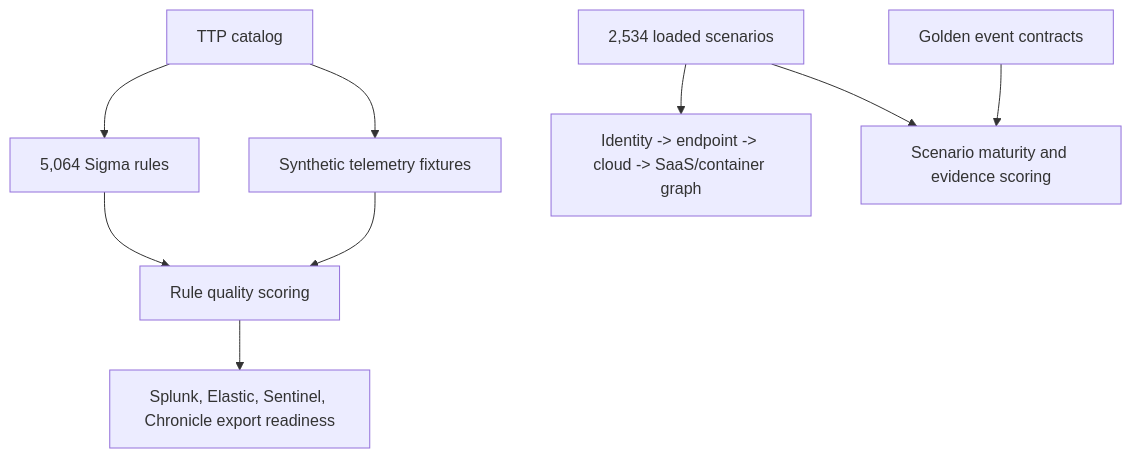
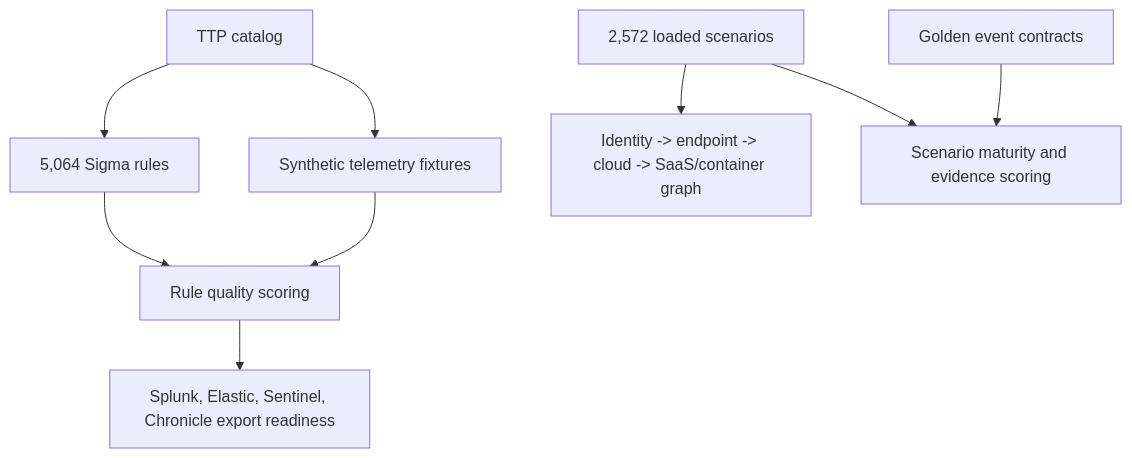
Before and after one commit to omarbabba779xx/APT-Simulator: the fifth of 5 diagrams in README.md, drawn with Mermaid. The commit also changed other lines of this file and 58 other files, not shown here.

````diff
--- a/README.md
+++ b/README.md
@@ -98,11 +98,11 @@
 ```mermaid
 flowchart TD
     Catalog["TTP catalog"] --> Sigma["5,064 Sigma rules"]
     Catalog --> Events["Synthetic telemetry fixtures"]
     Sigma --> Workbench["Rule quality scoring"]
     Events --> Workbench
     Workbench --> Targets["Splunk, Elastic, Sentinel, Chronicle export readiness"]
-    Scenarios["2,534 loaded scenarios"] --> Exposure["Identity -> endpoint -> cloud -> SaaS/container graph"]
+    Scenarios["2,572 loaded scenarios"] --> Exposure["Identity -> endpoint -> cloud -> SaaS/container graph"]
     Scenarios --> Maturity["Scenario maturity and evidence scoring"]
     Evidence["Golden event contracts"] --> Maturity
 ```
````
